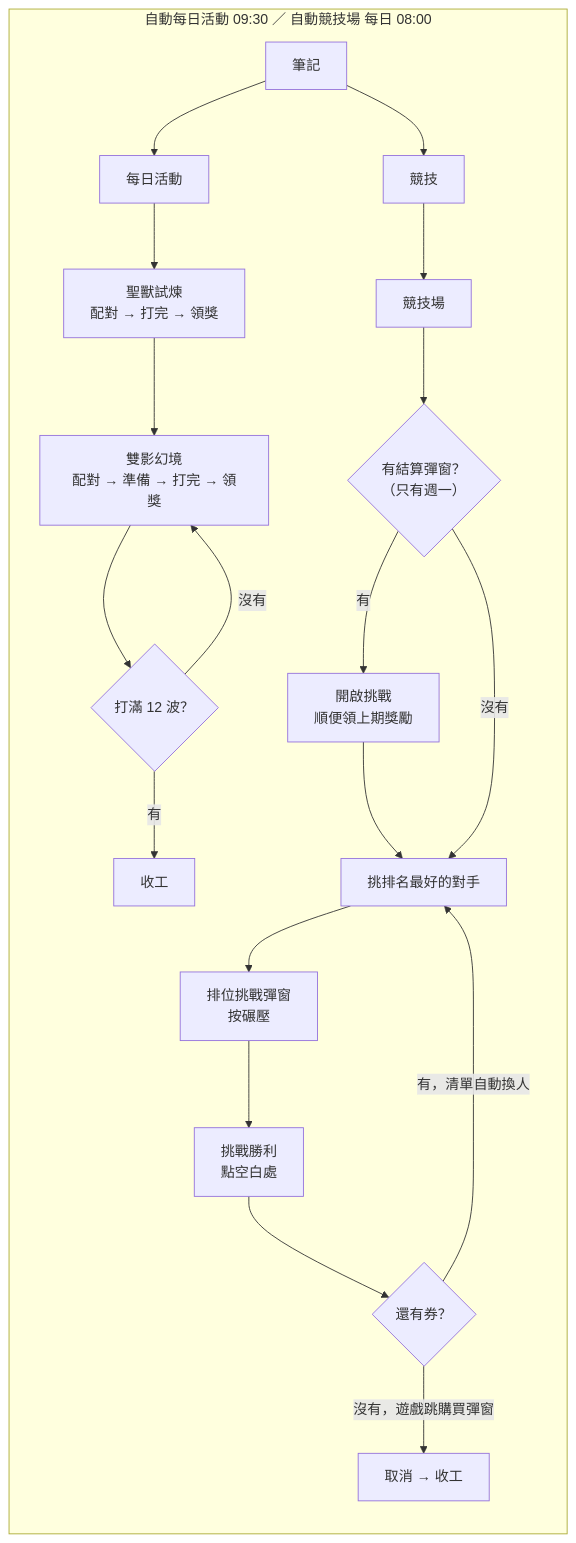
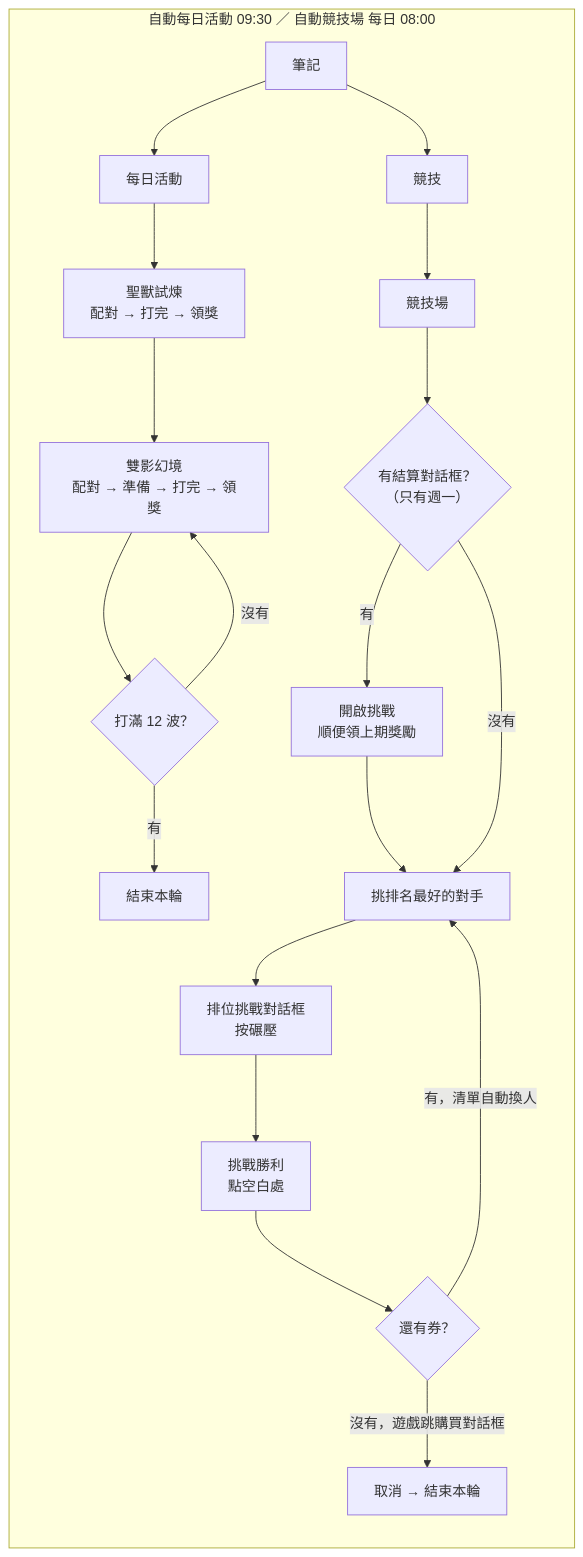
The fifth of 5 diagrams in README.md (LaiYueTing/scepter-and-sword-assistant), drawn with Mermaid before and after one commit. The commit also changed other lines of this file and 37 other files, not shown here.

````diff
--- a/README.md
+++ b/README.md
@@ -125,19 +125,19 @@
 ```mermaid
 flowchart LR
     subgraph A[自動每日活動 09:30 ／ 自動競技場 每日 08:00]
         A1[筆記] --> A2[每日活動]
         A2 --> A3[聖獸試煉<br/>配對 → 打完 → 領獎]
         A3 --> A4[雙影幻境<br/>配對 → 準備 → 打完 → 領獎]
         A4 --> A5{打滿 12 波？}
         A5 -->|沒有| A4
-        A5 -->|有| A6[收工]
+        A5 -->|有| A6[結束本輪]
         A1 --> B1[競技] --> B2[競技場]
-        B2 --> B3{有結算彈窗？<br/>（只有週一）}
+        B2 --> B3{有結算對話框？<br/>（只有週一）}
         B3 -->|有| B4[開啟挑戰<br/>順便領上期獎勵] --> B5
         B3 -->|沒有| B5[挑排名最好的對手]
-        B5 --> B6[排位挑戰彈窗<br/>按碾壓] --> B7[挑戰勝利<br/>點空白處]
+        B5 --> B6[排位挑戰對話框<br/>按碾壓] --> B7[挑戰勝利<br/>點空白處]
         B7 --> B8{還有券？}
         B8 -->|有，清單自動換人| B5
-        B8 -->|沒有，遊戲跳購買彈窗| B9[取消 → 收工]
+        B8 -->|沒有，遊戲跳購買對話框| B9[取消 → 結束本輪]
     end
 ```
````
